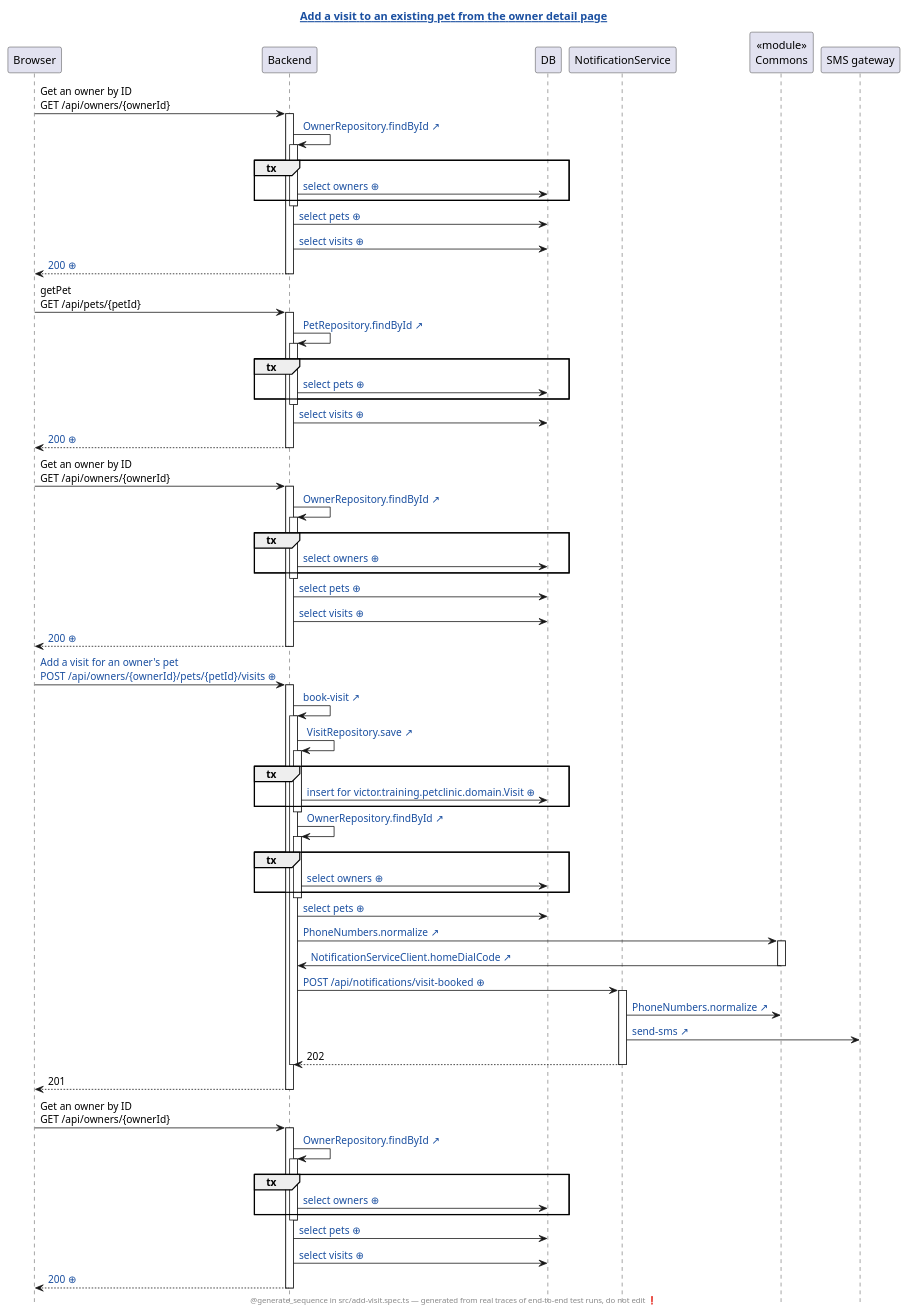
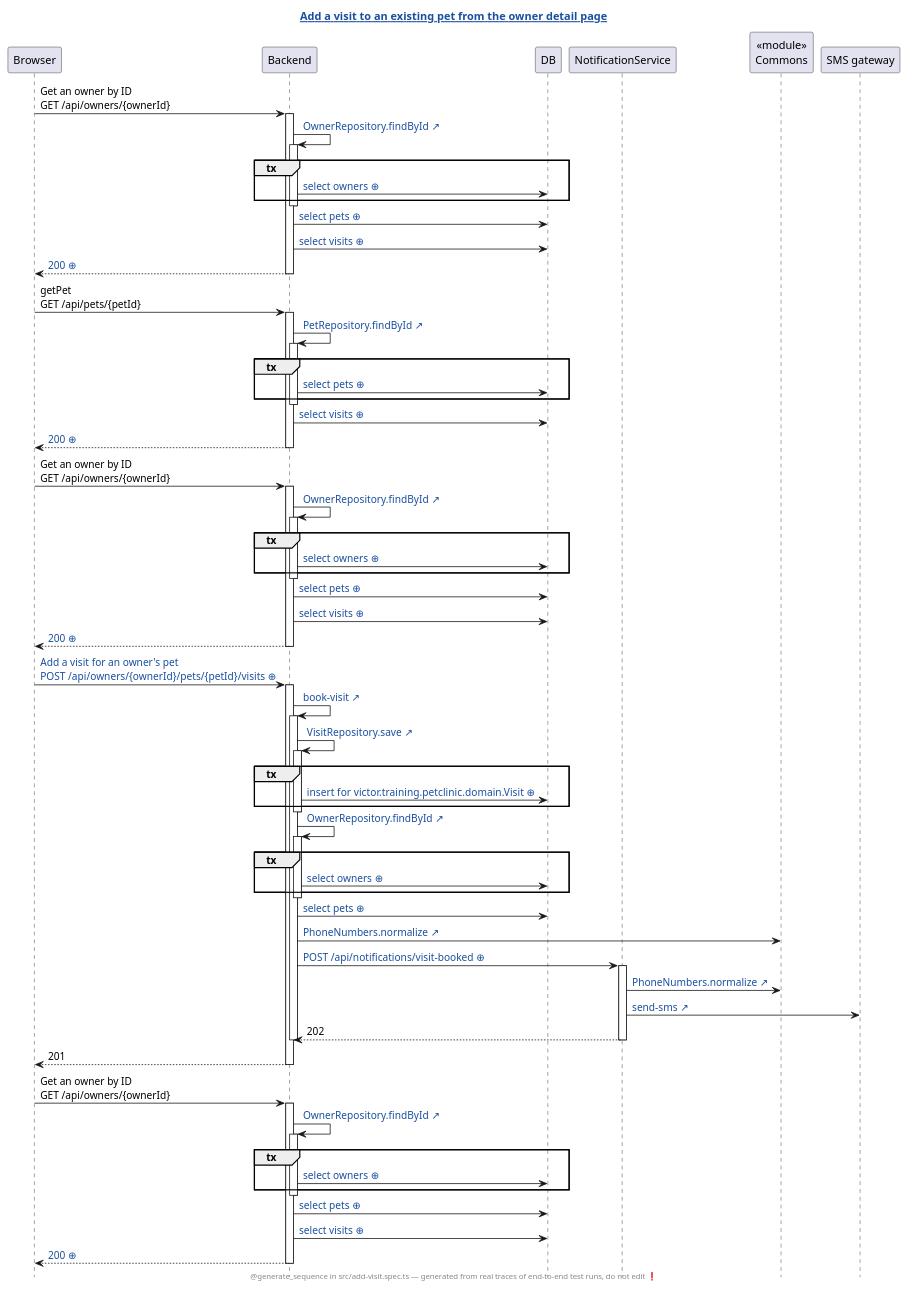
One commit to victorrentea/petclinic changed the diagram in petclinic-test/generated/add-visit.spec.ts.add-a-visit-to-an-existing-pet-from-the-owner-detail-page.genseq.puml. Above: the diagram before and after it, drawn with PlantUML. The commit also changed 45 other files, not shown here.

```diff
--- a/petclinic-test/generated/add-visit.spec.ts.add-a-visit-to-an-existing-pet-from-the-owner-detail-page.genseq.puml
+++ b/petclinic-test/generated/add-visit.spec.ts.add-a-visit-to-an-existing-pet-from-the-owner-detail-page.genseq.puml
@@ -1,91 +1,88 @@
 @startuml
 ' ⚠️  GENERATED FILE — DO NOT EDIT. Every edit is lost on the next run.
 hide footbox
 skinparam hyperlinkUnderline false
 skinparam hyperlinkColor #1A4FA0
 title [[src://petclinic-test/src/add-visit.spec.ts:31{Click to open the test} Add a visit to an existing pet from the owner detail page]]
 footer @generate_sequence in src/add-visit.spec.ts — generated from real traces of end-to-end test runs, do not edit ❗
 participant Browser
 participant Backend
 participant DB
 participant NotificationService
 participant "«module»\nCommons" as Commons
 participant "SMS gateway"
 Browser -> Backend: Get an owner by ID\nGET /api/owners/{ownerId}
 activate Backend
-Backend -> Backend: [[src://petclinic-backend/src/main/java/victor/training/petclinic/repository/OwnerRepository.java:14{Click to open OwnerRepository.findById} OwnerRepository.findById ↗]]
+Backend -> Backend: [[src://petclinic-backend/src/main/java/victor/training/petclinic/repository/OwnerRepository.java:15{Click to open OwnerRepository.findById} OwnerRepository.findById ↗]]
 activate Backend
 group tx
-Backend -> DB: [[genseq://0x8aana{Click for the statement behind this call} select owners ⊕]]
+Backend -> DB: [[genseq://1cywrsr{Click for the statement behind this call} select owners ⊕]]
 end
 deactivate Backend
-Backend -> DB: [[genseq://18567ho{Click for the statement behind this call} select pets ⊕]]
-Backend -> DB: [[genseq://13apewa{Click for the statement behind this call} select visits ⊕]]
-Backend --> Browser: [[genseq://0zavcxa{Click for this call’s JSON body} 200 ⊕]]
+Backend -> DB: [[genseq://04yaot5{Click for the statement behind this call} select pets ⊕]]
+Backend -> DB: [[genseq://1bw25vb{Click for the statement behind this call} select visits ⊕]]
+Backend --> Browser: [[genseq://19d8kpd{Click for this call’s JSON body} 200 ⊕]]
 deactivate Backend
 Browser -> Backend: getPet\nGET /api/pets/{petId}
 activate Backend
 Backend -> Backend: [[src://petclinic-backend/src/main/java/victor/training/petclinic/repository/PetRepository.java:16{Click to open PetRepository.findById} PetRepository.findById ↗]]
 activate Backend
 group tx
-Backend -> DB: [[genseq://0y7w2ps{Click for the statement behind this call} select pets ⊕]]
+Backend -> DB: [[genseq://10q0vhg{Click for the statement behind this call} select pets ⊕]]
 end
 deactivate Backend
-Backend -> DB: [[genseq://13apewa{Click for the statement behind this call} select visits ⊕]]
-Backend --> Browser: [[genseq://01mmlgx{Click for this call’s JSON body} 200 ⊕]]
+Backend -> DB: [[genseq://0g653ka{Click for the statement behind this call} select visits ⊕]]
+Backend --> Browser: [[genseq://185sa06{Click for this call’s JSON body} 200 ⊕]]
 deactivate Backend
 Browser -> Backend: Get an owner by ID\nGET /api/owners/{ownerId}
 activate Backend
-Backend -> Backend: [[src://petclinic-backend/src/main/java/victor/training/petclinic/repository/OwnerRepository.java:14{Click to open OwnerRepository.findById} OwnerRepository.findById ↗]]
+Backend -> Backend: [[src://petclinic-backend/src/main/java/victor/training/petclinic/repository/OwnerRepository.java:15{Click to open OwnerRepository.findById} OwnerRepository.findById ↗]]
 activate Backend
 group tx
-Backend -> DB: [[genseq://0x8aana{Click for the statement behind this call} select owners ⊕]]
+Backend -> DB: [[genseq://1cywrsr{Click for the statement behind this call} select owners ⊕]]
 end
 deactivate Backend
-Backend -> DB: [[genseq://18567ho{Click for the statement behind this call} select pets ⊕]]
-Backend -> DB: [[genseq://13apewa{Click for the statement behind this call} select visits ⊕]]
-Backend --> Browser: [[genseq://0zavcxa{Click for this call’s JSON body} 200 ⊕]]
+Backend -> DB: [[genseq://04yaot5{Click for the statement behind this call} select pets ⊕]]
+Backend -> DB: [[genseq://1bw25vb{Click for the statement behind this call} select visits ⊕]]
+Backend --> Browser: [[genseq://19d8kpd{Click for this call’s JSON body} 200 ⊕]]
 deactivate Backend
-Browser -> Backend: [[genseq://1wvc0vp{Click for this call’s JSON body} Add a visit for an owner's pet\nPOST /api/owners/{ownerId}/pets/{petId}/visits ⊕]]
+Browser -> Backend: [[genseq://0sx86xd{Click for this call’s JSON body} Add a visit for an owner's pet\nPOST /api/owners/{ownerId}/pets/{petId}/visits ⊕]]
 activate Backend
-Backend -> Backend: [[src://petclinic-backend/src/main/java/victor/training/petclinic/rest/OwnerRestController.java:183{Click to open OwnerRestController.bookVisit} book-visit ↗]]
+Backend -> Backend: [[src://petclinic-backend/src/main/java/victor/training/petclinic/rest/OwnerRestController.java:211{Click to open OwnerRestController.bookVisit} book-visit ↗]]
 activate Backend
 Backend -> Backend: [[src://petclinic-backend/src/main/java/victor/training/petclinic/repository/VisitRepository.java:14{Click to open VisitRepository.save} VisitRepository.save ↗]]
 activate Backend
 group tx
-Backend -> DB: [[genseq://0624iy2{Click for the statement behind this call} insert for victor.training.petclinic.domain.Visit ⊕]]
+Backend -> DB: [[genseq://14e9z4x{Click for the statement behind this call} insert for victor.training.petclinic.domain.Visit ⊕]]
 end
 deactivate Backend
-Backend -> Backend: [[src://petclinic-backend/src/main/java/victor/training/petclinic/repository/OwnerRepository.java:14{Click to open OwnerRepository.findById} OwnerRepository.findById ↗]]
+Backend -> Backend: [[src://petclinic-backend/src/main/java/victor/training/petclinic/repository/OwnerRepository.java:15{Click to open OwnerRepository.findById} OwnerRepository.findById ↗]]
 activate Backend
 group tx
-Backend -> DB: [[genseq://0x8aana{Click for the statement behind this call} select owners ⊕]]
+Backend -> DB: [[genseq://1cywrsr{Click for the statement behind this call} select owners ⊕]]
 end
 deactivate Backend
-Backend -> DB: [[genseq://18567ho{Click for the statement behind this call} select pets ⊕]]
+Backend -> DB: [[genseq://04yaot5{Click for the statement behind this call} select pets ⊕]]
 Backend -> Commons: [[src://petclinic-commons/src/main/java/victor/training/commons/PhoneNumbers.java:8{Click to open PhoneNumbers.normalize} PhoneNumbers.normalize ↗]]
-activate Commons
-Commons -> Backend: [[src://petclinic-backend/src/main/java/victor/training/petclinic/notification/NotificationServiceClient.java:45{Click to open NotificationServiceClient.homeDialCode} NotificationServiceClient.homeDialCode ↗]]
-deactivate Commons
-Backend -> NotificationService: [[genseq://1p4ogm5{Click for this call’s JSON body} POST /api/notifications/visit-booked ⊕]]
+Backend -> NotificationService: [[genseq://0ez97li{Click for this call’s JSON body} POST /api/notifications/visit-booked ⊕]]
 activate NotificationService
 NotificationService -> Commons: [[src://petclinic-commons/src/main/java/victor/training/commons/PhoneNumbers.java:8{Click to open PhoneNumbers.normalize} PhoneNumbers.normalize ↗]]
 NotificationService -> "SMS gateway": [[src://notification-service/src/main/java/victor/training/notification/SmsGateway.java:23{Click to open SmsGateway.send} send-sms ↗]]
 NotificationService --> Backend: 202
 deactivate NotificationService
 deactivate Backend
 Backend --> Browser: 201
 deactivate Backend
 Browser -> Backend: Get an owner by ID\nGET /api/owners/{ownerId}
 activate Backend
-Backend -> Backend: [[src://petclinic-backend/src/main/java/victor/training/petclinic/repository/OwnerRepository.java:14{Click to open OwnerRepository.findById} OwnerRepository.findById ↗]]
+Backend -> Backend: [[src://petclinic-backend/src/main/java/victor/training/petclinic/repository/OwnerRepository.java:15{Click to open OwnerRepository.findById} OwnerRepository.findById ↗]]
 activate Backend
 group tx
-Backend -> DB: [[genseq://0x8aana{Click for the statement behind this call} select owners ⊕]]
+Backend -> DB: [[genseq://1cywrsr{Click for the statement behind this call} select owners ⊕]]
 end
 deactivate Backend
-Backend -> DB: [[genseq://18567ho{Click for the statement behind this call} select pets ⊕]]
-Backend -> DB: [[genseq://13apewa{Click for the statement behind this call} select visits ⊕]]
-Backend --> Browser: [[genseq://1gpk0tx{Click for this call’s JSON body} 200 ⊕]]
+Backend -> DB: [[genseq://04yaot5{Click for the statement behind this call} select pets ⊕]]
+Backend -> DB: [[genseq://1bw25vb{Click for the statement behind this call} select visits ⊕]]
+Backend --> Browser: [[genseq://1ndpf9h{Click for this call’s JSON body} 200 ⊕]]
 deactivate Backend
 @enduml
```
